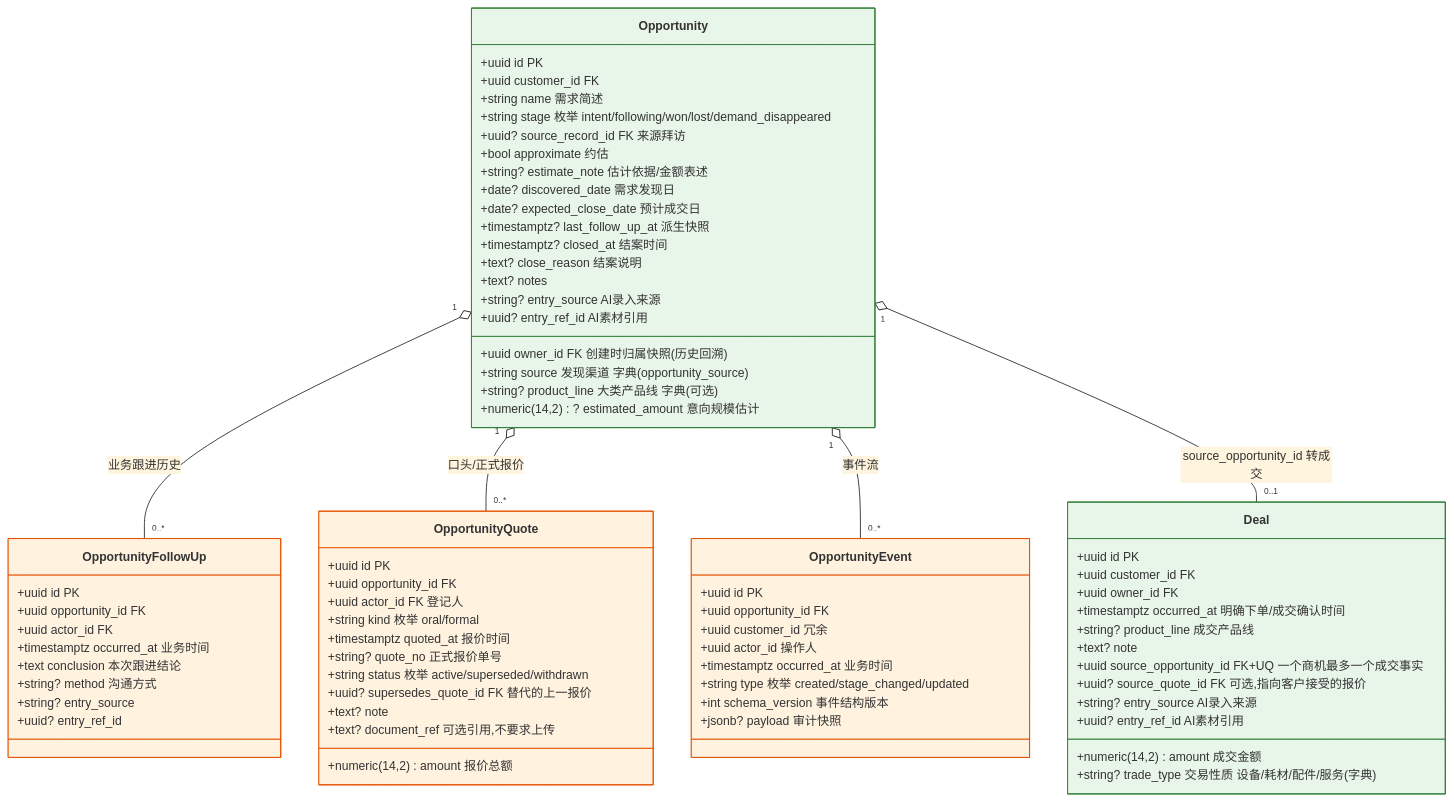
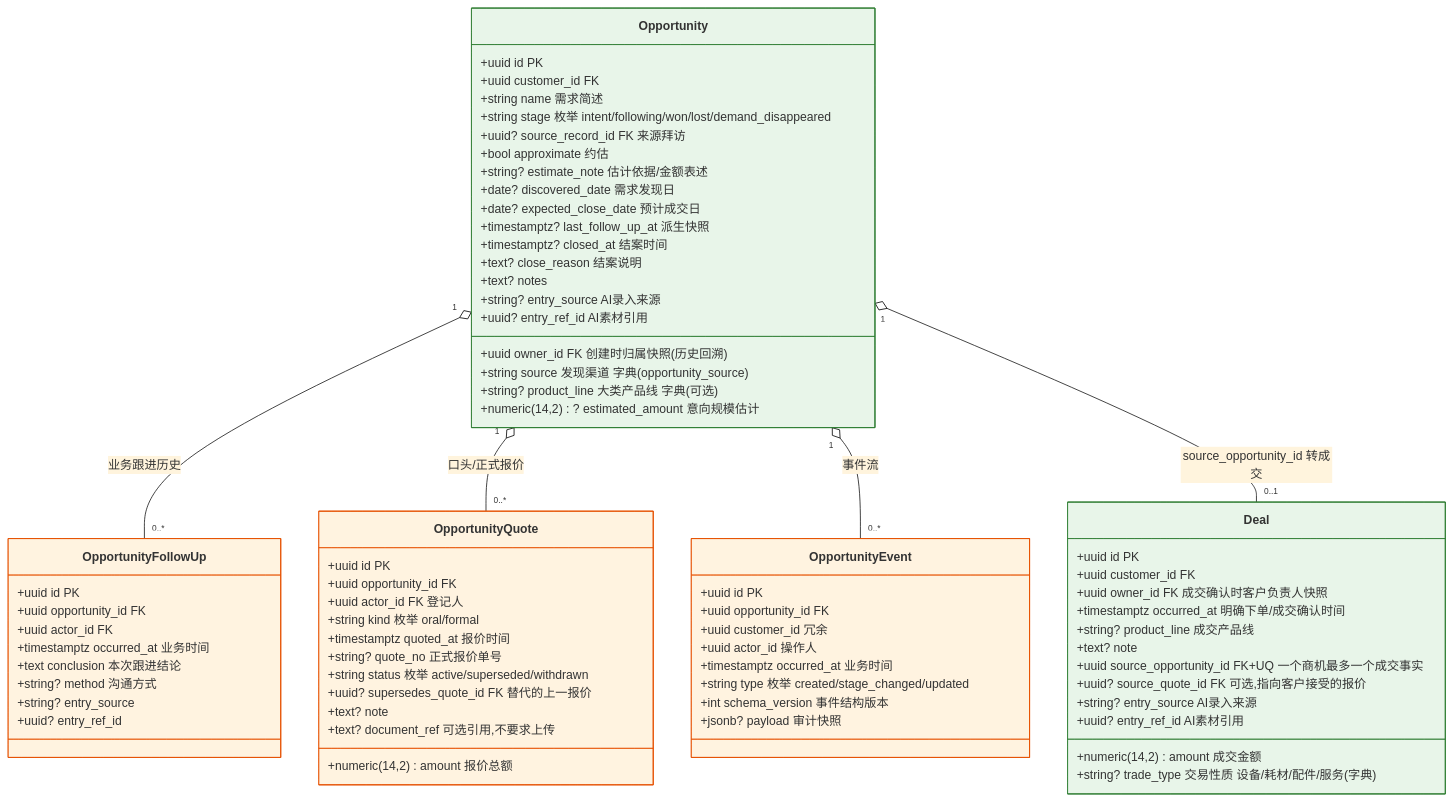
The second of 26 diagrams in docs/重构架构决策与实施蓝图.md (lixiname/LITECRM), drawn with Mermaid (base theme) before and after one commit. The commit also changed other lines of this file and 63 other files, not shown here.

````diff
--- a/docs/重构架构决策与实施蓝图.md
+++ b/docs/重构架构决策与实施蓝图.md
@@ -460,80 +461,80 @@
 ```mermaid
 classDiagram
     class Opportunity {
         +uuid id PK
         +uuid customer_id FK
         +uuid owner_id FK 创建时归属快照(历史回溯)
         +string name 需求简述
         +string stage 枚举 intent/following/won/lost/demand_disappeared
         +string source 发现渠道 字典(opportunity_source)
         +string? product_line 大类产品线 字典(可选)
         +uuid? source_record_id FK 来源拜访
         +numeric(14,2)? estimated_amount 意向规模估计
         +bool approximate 约估
         +string? estimate_note 估计依据/金额表述
         +date? discovered_date 需求发现日
         +date? expected_close_date 预计成交日
         +timestamptz? last_follow_up_at 派生快照
         +timestamptz? closed_at 结案时间
         +text? close_reason 结案说明
         +text? notes
         +string? entry_source AI录入来源
         +uuid? entry_ref_id AI素材引用
     }
     class OpportunityFollowUp {
         +uuid id PK
         +uuid opportunity_id FK
         +uuid actor_id FK
         +timestamptz occurred_at 业务时间
         +text conclusion 本次跟进结论
         +string? method 沟通方式
         +string? entry_source
         +uuid? entry_ref_id
     }
     class OpportunityQuote {
         +uuid id PK
         +uuid opportunity_id FK
         +uuid actor_id FK 登记人
         +string kind 枚举 oral/formal
         +timestamptz quoted_at 报价时间
         +numeric(14,2) amount 报价总额
         +string? quote_no 正式报价单号
         +string status 枚举 active/superseded/withdrawn
         +uuid? supersedes_quote_id FK 替代的上一报价
         +text? note
         +text? document_ref 可选引用,不要求上传
     }
     class OpportunityEvent {
         +uuid id PK
         +uuid opportunity_id FK
         +uuid customer_id 冗余
         +uuid actor_id 操作人
         +timestamptz occurred_at 业务时间
         +string type 枚举 created/stage_changed/updated
         +int schema_version 事件结构版本
         +jsonb? payload 审计快照
     }
     class Deal {
         +uuid id PK
         +uuid customer_id FK
-        +uuid owner_id FK
+        +uuid owner_id FK 成交确认时客户负责人快照
         +timestamptz occurred_at 明确下单/成交确认时间
         +numeric(14,2) amount 成交金额
         +string? product_line 成交产品线
         +string? trade_type 交易性质 设备/耗材/配件/服务(字典)
         +text? note
         +uuid source_opportunity_id FK+UQ 一个商机最多一个成交事实
         +uuid? source_quote_id FK 可选,指向客户接受的报价
         +string? entry_source AI录入来源
         +uuid? entry_ref_id AI素材引用
     }
     Opportunity "1" o-- "0..*" OpportunityFollowUp : 业务跟进历史
     Opportunity "1" o-- "0..*" OpportunityQuote : 口头/正式报价
     Opportunity "1" o-- "0..*" OpportunityEvent : 事件流
     Opportunity "1" o-- "0..1" Deal : source_opportunity_id 转成交
     style Opportunity fill:#e8f5e9,stroke:#2e7d32
     style Deal fill:#e8f5e9,stroke:#2e7d32
     style OpportunityFollowUp fill:#fff3e0,stroke:#e65100
     style OpportunityQuote fill:#fff3e0,stroke:#e65100
     style OpportunityEvent fill:#fff3e0,stroke:#e65100
 ```
````
